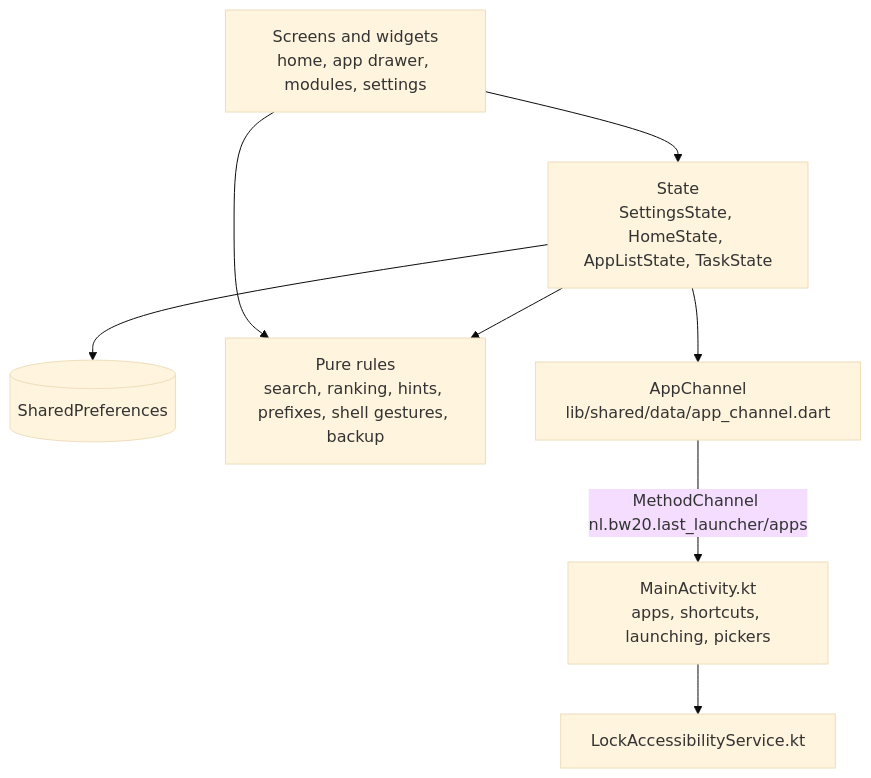
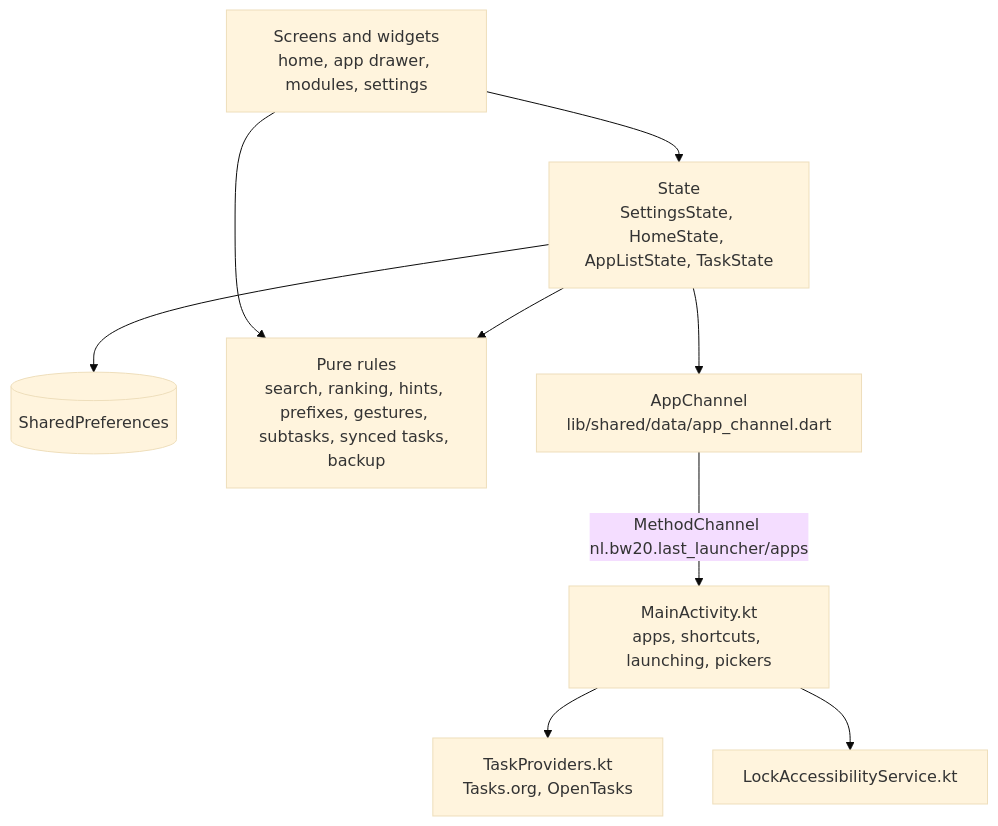
Before and after one commit to jorritvanderheide/last-launcher: the diagram in docs/architecture.md, drawn with Mermaid (base theme). The commit also changed other lines of this file and 4 other files, not shown here.

````diff
--- a/docs/architecture.md
+++ b/docs/architecture.md
@@ -24,10 +31,11 @@
 ```mermaid
 flowchart TD
     UI[Screens and widgets<br/>home, app drawer, modules, settings] --> state
     state[State<br/>SettingsState, HomeState, AppListState, TaskState] --> prefs[(SharedPreferences)]
-    UI --> rules[Pure rules<br/>search, ranking, hints, prefixes, shell gestures, backup]
+    UI --> rules[Pure rules<br/>search, ranking, hints, prefixes, gestures, subtasks, synced tasks, backup]
     state --> rules
     state --> channel[AppChannel<br/>lib/shared/data/app_channel.dart]
     channel -->|MethodChannel nl.bw20.last_launcher/apps| kotlin[MainActivity.kt<br/>apps, shortcuts, launching, pickers]
+    kotlin --> tasks[TaskProviders.kt<br/>Tasks.org, OpenTasks]
     kotlin --> lock[LockAccessibilityService.kt]
 ```
````
